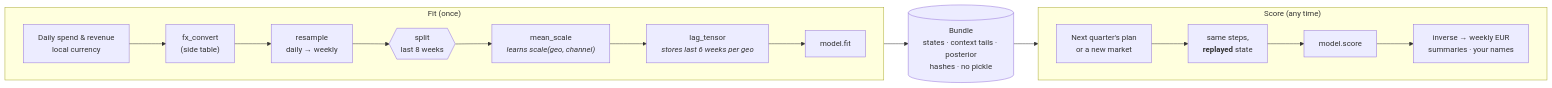
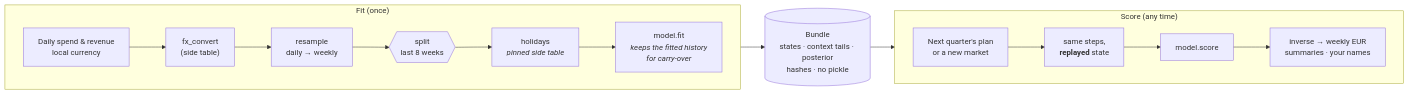
One commit to redam94/modeling-api changed the second of 2 diagrams in docs/index.md. Above: the diagram before and after it, drawn with Mermaid. The commit also changed other lines of this file and 31 other files, not shown here.

````diff
--- a/docs/index.md
+++ b/docs/index.md
@@ -337,20 +337,19 @@
 ```mermaid
 flowchart LR
     subgraph FIT["Fit (once)"]
         direction LR
         A["Daily spend & revenue<br/>local currency"] --> B["fx_convert<br/>(side table)"]
         B --> C["resample<br/>daily → weekly"]
         C --> S{{"split<br/>last 8 weeks"}}
-        S --> D["mean_scale<br/><i>learns scale(geo, channel)</i>"]
-        D --> E["lag_tensor<br/><i>stores last 6 weeks per geo</i>"]
-        E --> M["model.fit"]
+        S --> D["holidays<br/><i>pinned side table</i>"]
+        D --> M["model.fit<br/><i>keeps the fitted history<br/>for carry-over</i>"]
     end
     M --> BUN[("Bundle<br/>states · context tails · posterior<br/>hashes · no pickle")]
     subgraph SCORE["Score (any time)"]
         direction LR
         F["Next quarter's plan<br/>or a new market"] --> G["same steps,<br/><b>replayed</b> state"]
         G --> H["model.score"]
         H --> I["inverse → weekly EUR<br/>summaries · your names"]
     end
     BUN --> G
 ```
````
